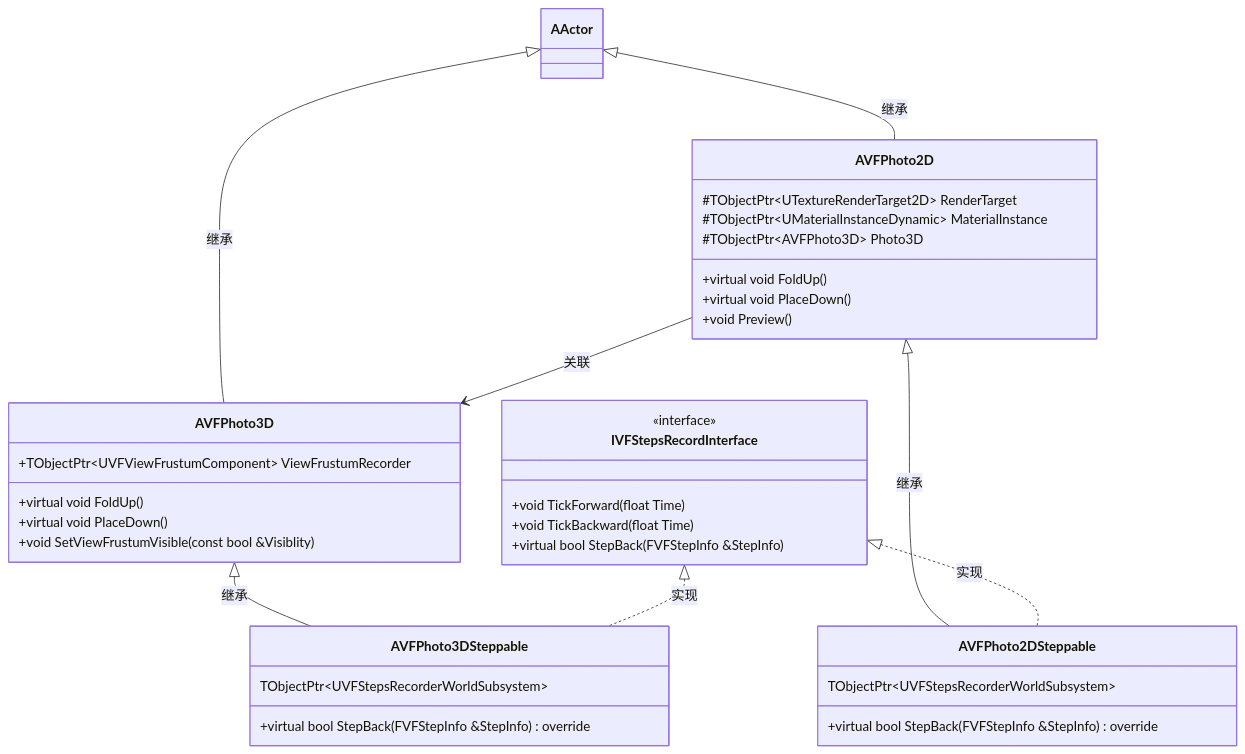
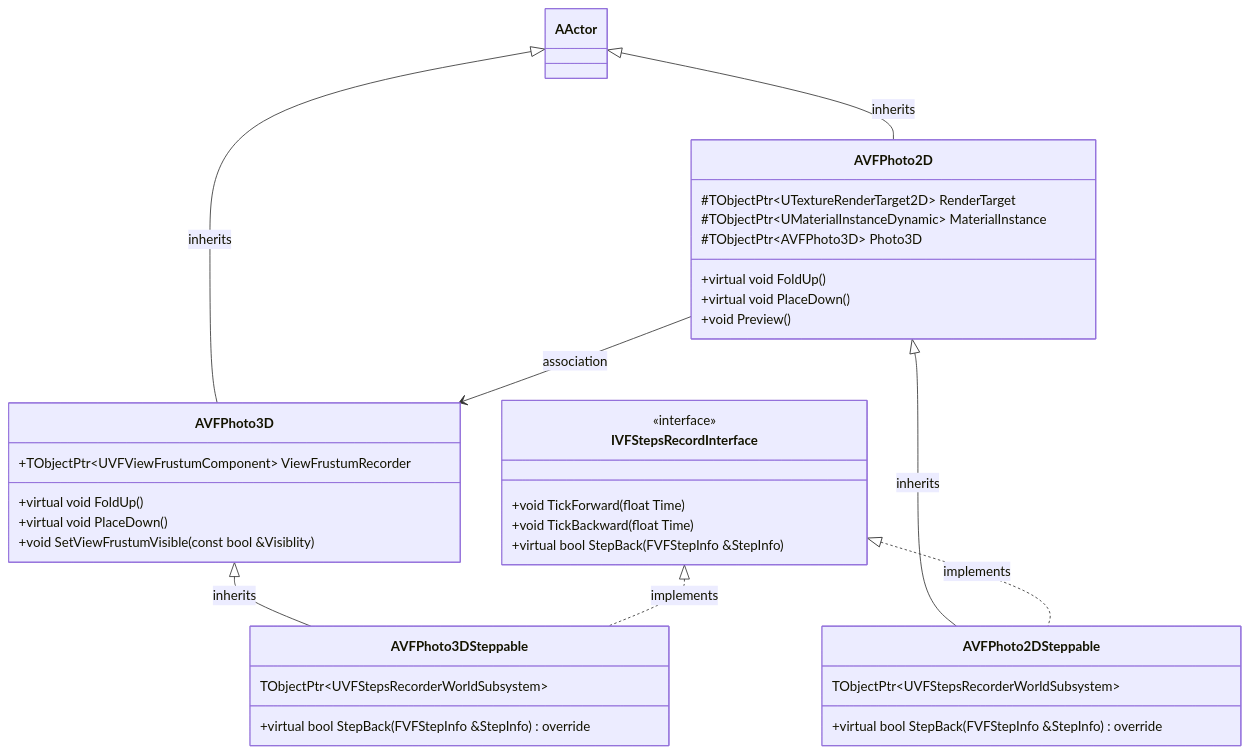
The fourth of 9 diagrams in README.md (StrangeDS/ViewFinderRe), drawn with Mermaid before and after one commit. The commit also changed other lines of this file and 1 other file, not shown here.

````diff
--- a/README.md
+++ b/README.md
@@ -470,47 +1132,47 @@
 ```mermaid
 classDiagram
     class AVFPhoto2D {
       #TObjectPtr~UTextureRenderTarget2D~ RenderTarget
       #TObjectPtr~UMaterialInstanceDynamic~ MaterialInstance
       #TObjectPtr~AVFPhoto3D~ Photo3D
 
       +virtual void FoldUp()
       +virtual void PlaceDown()
       +void Preview() 
     }
 
     class AVFPhoto2DSteppable {
       TObjectPtr~UVFStepsRecorderWorldSubsystem~
 
       +virtual bool StepBack(FVFStepInfo &StepInfo) override
     }
 
     class AVFPhoto3D {
       +TObjectPtr~UVFViewFrustumComponent~ ViewFrustumRecorder
 
       +virtual void FoldUp()
       +virtual void PlaceDown()
       +void SetViewFrustumVisible(const bool &Visiblity)
     }
 
     class AVFPhoto3DSteppable {
       TObjectPtr~UVFStepsRecorderWorldSubsystem~
 
       +virtual bool StepBack(FVFStepInfo &StepInfo) override
     }
 
     class IVFStepsRecordInterface {
       <<interface>>
       +void TickForward(float Time)
       +void TickBackward(float Time)
       +virtual bool StepBack(FVFStepInfo &StepInfo)
     }
 
-    AActor <|-- AVFPhoto2D: 继承
-    AActor <|-- AVFPhoto3D: 继承
-    AVFPhoto2D --> AVFPhoto3D: 关联
-    AVFPhoto2D <|-- AVFPhoto2DSteppable: 继承
-    AVFPhoto3D <|-- AVFPhoto3DSteppable: 继承
-    IVFStepsRecordInterface <|.. AVFPhoto2DSteppable: 实现
-    IVFStepsRecordInterface <|.. AVFPhoto3DSteppable: 实现
+    AActor <|-- AVFPhoto2D: inherits
+    AActor <|-- AVFPhoto3D: inherits
+    AVFPhoto2D --> AVFPhoto3D: association
+    AVFPhoto2D <|-- AVFPhoto2DSteppable: inherits
+    AVFPhoto3D <|-- AVFPhoto3DSteppable: inherits
+    IVFStepsRecordInterface <|.. AVFPhoto2DSteppable: implements
+    IVFStepsRecordInterface <|.. AVFPhoto3DSteppable: implements
 ```
````
